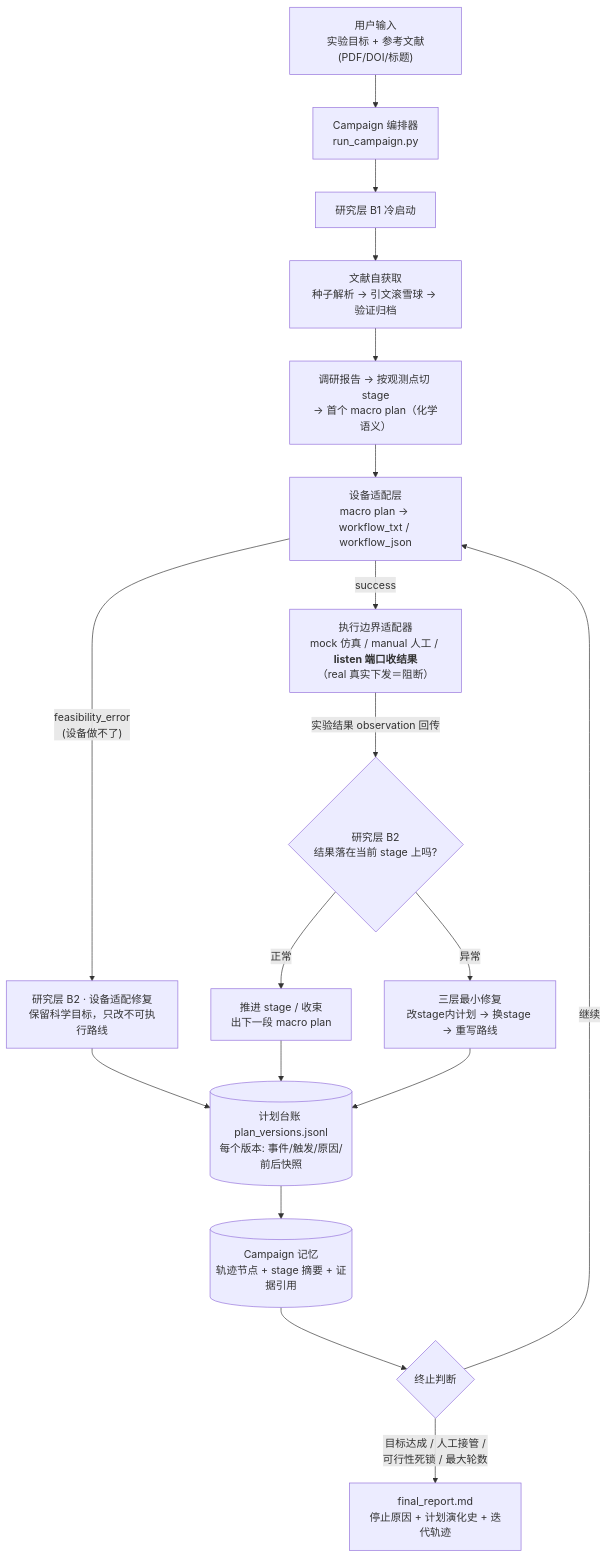
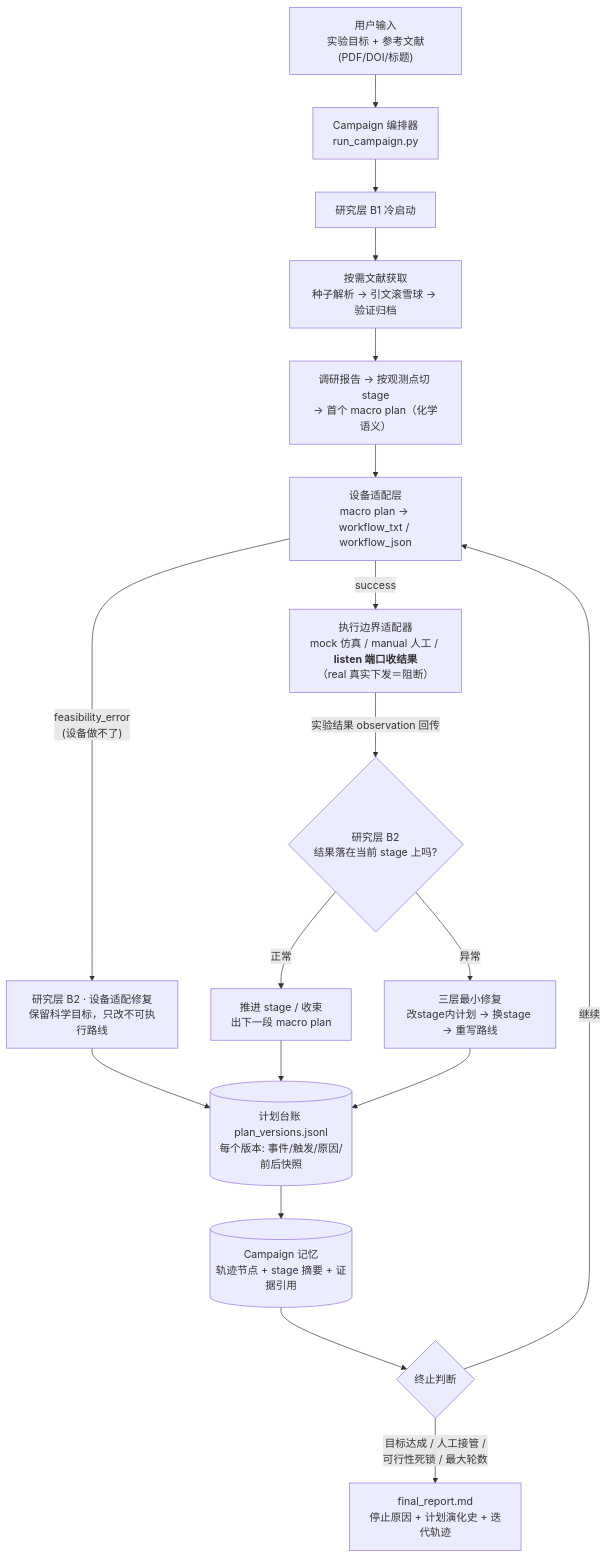
The first of 2 diagrams in docs/QUICKSTART.md (tommy-0916/test-chem), drawn with Mermaid before and after one commit. The commit also changed other lines of this file and 68 other files, not shown here.

````diff
--- a/docs/QUICKSTART.md
+++ b/docs/QUICKSTART.md
@@ -11,26 +11,26 @@
 ```mermaid
 flowchart TD
     A["用户输入<br/>实验目标 + 参考文献(PDF/DOI/标题)"] --> B["Campaign 编排器<br/>run_campaign.py"]
 
     B --> C["研究层 B1 冷启动"]
-    C --> C1["文献自获取<br/>种子解析 → 引文滚雪球 → 验证归档"]
+    C --> C1["按需文献获取<br/>种子解析 → 引文滚雪球 → 验证归档"]
     C1 --> C2["调研报告 → 按观测点切 stage<br/>→ 首个 macro plan（化学语义）"]
 
     C2 --> D["设备适配层<br/>macro plan → workflow_txt / workflow_json"]
 
     D -->|"feasibility_error<br/>(设备做不了)"| F["研究层 B2 · 设备适配修复<br/>保留科学目标，只改不可执行路线"]
     D -->|"success"| E["执行边界适配器<br/>mock 仿真 / manual 人工 / <b>listen 端口收结果</b><br/>（real 真实下发＝阻断）"]
 
     E -->|"实验结果 observation 回传"| G{"研究层 B2<br/>结果落在当前 stage 上吗?"}
     G -->|"正常"| G1["推进 stage / 收束<br/>出下一段 macro plan"]
     G -->|"异常"| G2["三层最小修复<br/>改stage内计划 → 换stage → 重写路线"]
 
     F --> L[("计划台账 plan_versions.jsonl<br/>每个版本: 事件/触发/原因/前后快照")]
     G1 --> L
     G2 --> L
     L --> M[("Campaign 记忆<br/>轨迹节点 + stage 摘要 + 证据引用")]
 
     M --> H{"终止判断"}
     H -->|"继续"| D
     H -->|"目标达成 / 人工接管 /<br/>可行性死锁 / 最大轮数"| I["final_report.md<br/>停止原因 + 计划演化史 + 迭代轨迹"]
 ```
````
